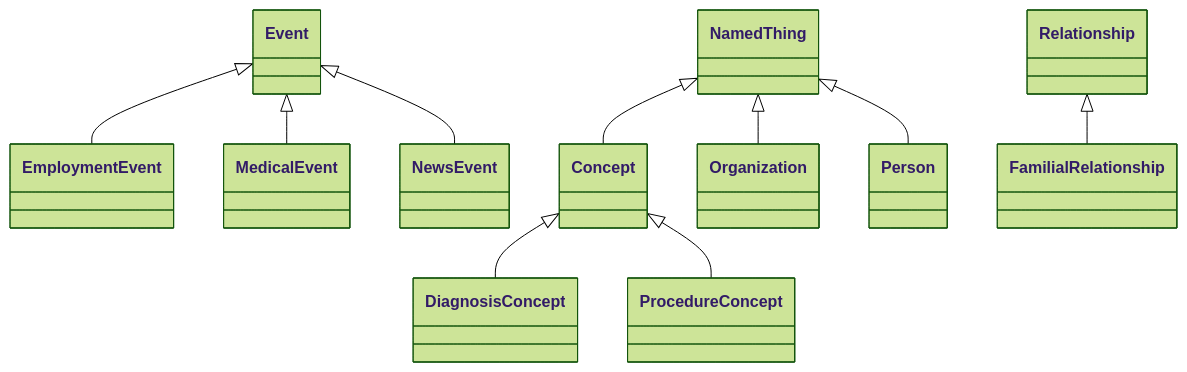
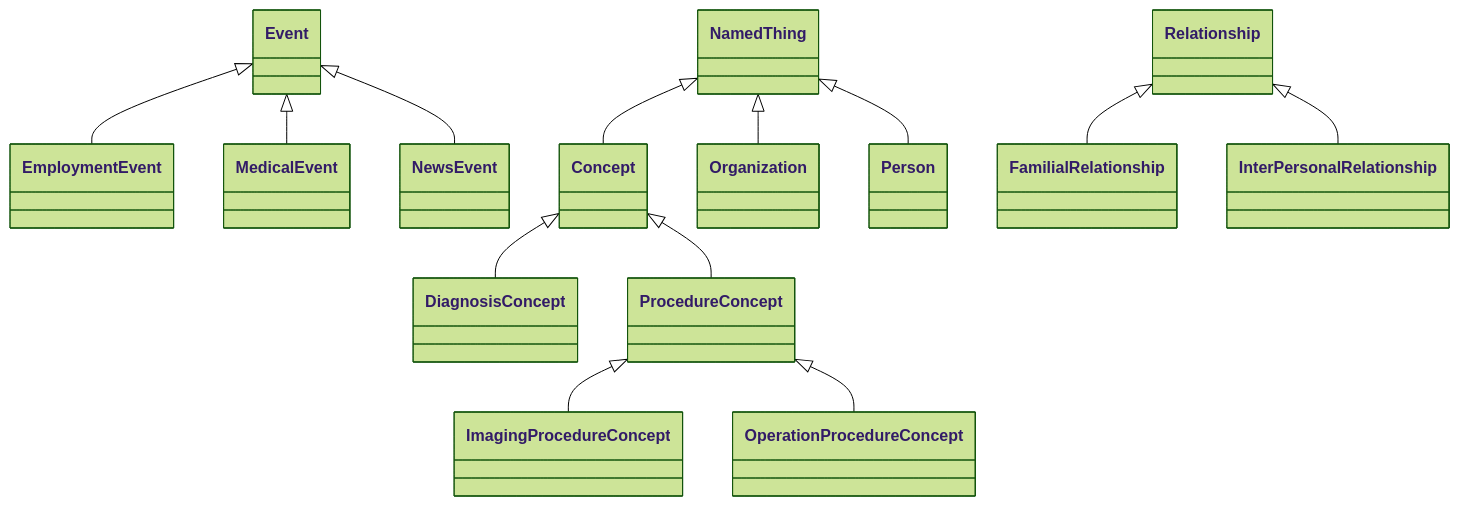
The first of 23 diagrams in tests/linkml/test_generators/__snapshots__/personinfo.md (linkml/linkml), drawn with Mermaid (forest theme) before and after one commit. The commit also changed other lines of this file, not shown here.

````diff
--- a/tests/linkml/test_generators/__snapshots__/personinfo.md
+++ b/tests/linkml/test_generators/__snapshots__/personinfo.md
@@ -15,13 +15,16 @@
 ```mermaid
 classDiagram
 Concept <|-- DiagnosisConcept
 Concept <|-- ProcedureConcept
 Event <|-- EmploymentEvent
 Event <|-- MedicalEvent
 Event <|-- NewsEvent
 NamedThing <|-- Concept
 NamedThing <|-- Organization
 NamedThing <|-- Person
+ProcedureConcept <|-- ImagingProcedureConcept
+ProcedureConcept <|-- OperationProcedureConcept
 Relationship <|-- FamilialRelationship
+Relationship <|-- InterPersonalRelationship
 
 ```
````
